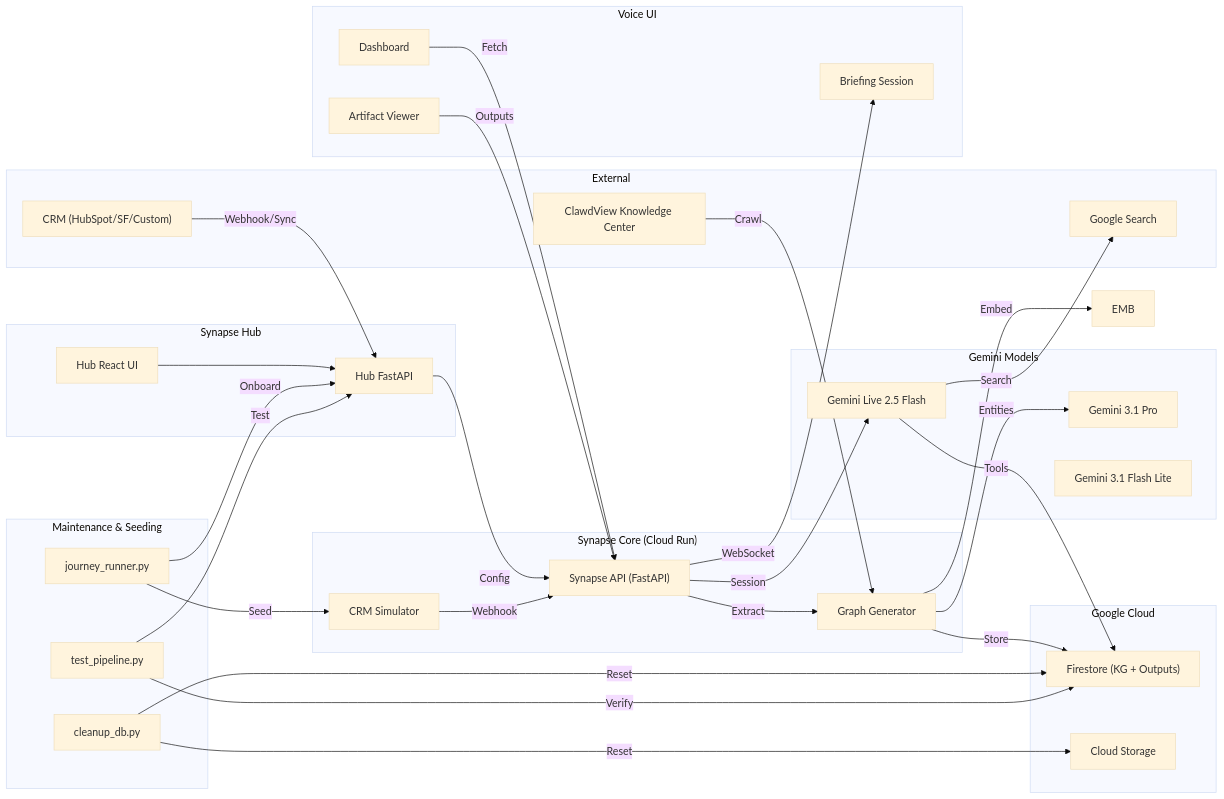
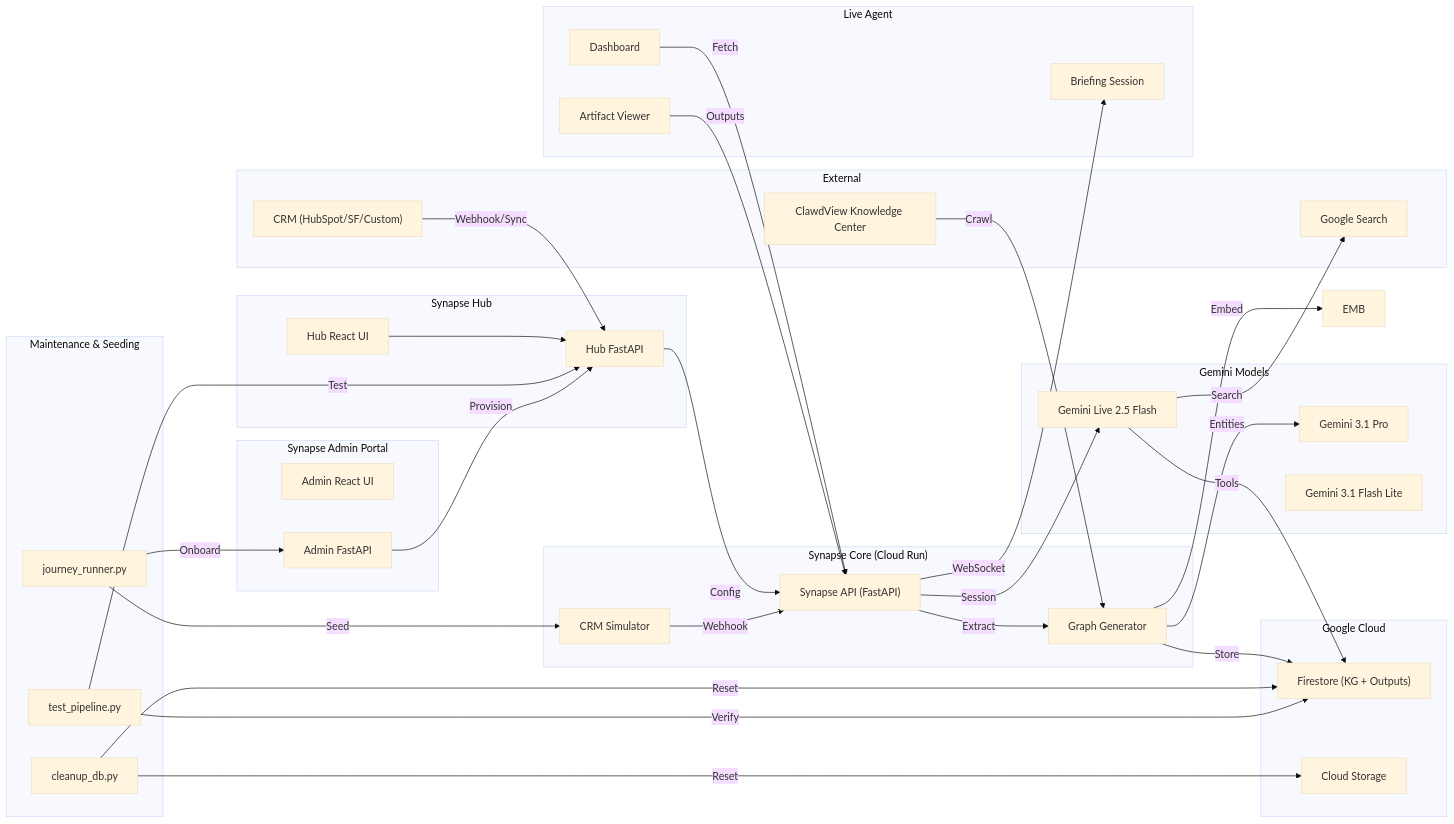
One commit to aroucadi/handoff_agent changed the first of 5 diagrams in docs/ARCHITECTURE.md. Above: the diagram before and after it, drawn with Mermaid (base theme). The commit also changed other lines of this file and 67 other files, not shown here.

Commit message:
feat: evolution to three-tier standalone architecture (Admin Portal, Hub, Live Agent)

````diff
--- a/docs/ARCHITECTURE.md
+++ b/docs/ARCHITECTURE.md
@@ -5,65 +5,71 @@
 ```mermaid
 graph LR
     subgraph External
         CRM["CRM (HubSpot/SF/Custom)"]
         KC["ClawdView Knowledge Center"]
         GS["Google Search"]
+    end
+
+    subgraph Admin ["Synapse Admin Portal"]
+        AdminUI["Admin React UI"]
+        AdminAPI["Admin FastAPI"]
     end
 
     subgraph Hub ["Synapse Hub"]
         HubUI["Hub React UI"]
         HubAPI["Hub FastAPI"]
     end
 
     subgraph Core ["Synapse Core (Cloud Run)"]
         API["Synapse API (FastAPI)"]
         GG["Graph Generator"]
         CRMSIM["CRM Simulator"]
     end
 
     subgraph AI ["Gemini Models"]
         PRO["Gemini 3.1 Pro"]
         LITE["Gemini 3.1 Flash Lite"]
         LIVE["Gemini Live 2.5 Flash"]
     end
 
     subgraph Storage ["Google Cloud"]
         FS["Firestore (KG + Outputs)"]
         GCS["Cloud Storage"]
     end
 
-    subgraph Frontend ["Voice UI"]
+    subgraph Frontend ["Live Agent"]
         DASH["Dashboard"]
         BRIEF["Briefing Session"]
         AV["Artifact Viewer"]
     end
 
     CRM -->|Webhook/Sync| HubAPI
     HubAPI -->|Config| API
     HubUI --> HubAPI
     API -->|Session| LIVE
     API -->|Extract| GG
     GG -->|Entities| PRO
     GG -->|Embed| EMB
     GG -->|Store| FS
     KC -->|Crawl| GG
     LIVE -->|Search| GS
     LIVE -->|Tools| FS
     API -->|WebSocket| BRIEF
     DASH -->|Fetch| API
     AV -->|Outputs| API
     CRMSIM -->|Webhook| API
 
     subgraph Scripts ["Maintenance & Seeding"]
         CU["cleanup_db.py"]
         JR["journey_runner.py"]
         TP["test_pipeline.py"]
     end
 
     CU -->|Reset| FS
     CU -->|Reset| GCS
-    JR -->|Onboard| HubAPI
+    JR -->|Onboard| AdminAPI
     JR -->|Seed| CRMSIM
     TP -->|Test| HubAPI
     TP -->|Verify| FS
+    AdminAPI -->|Provision| HubAPI
 ```
````
